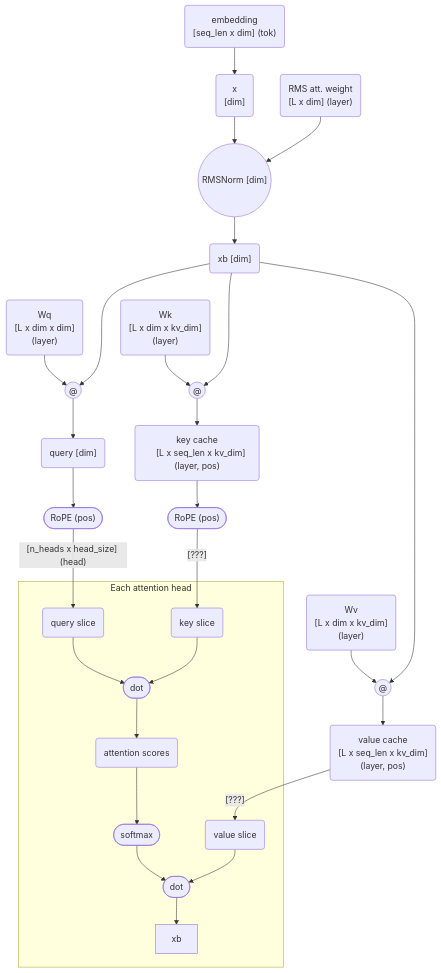
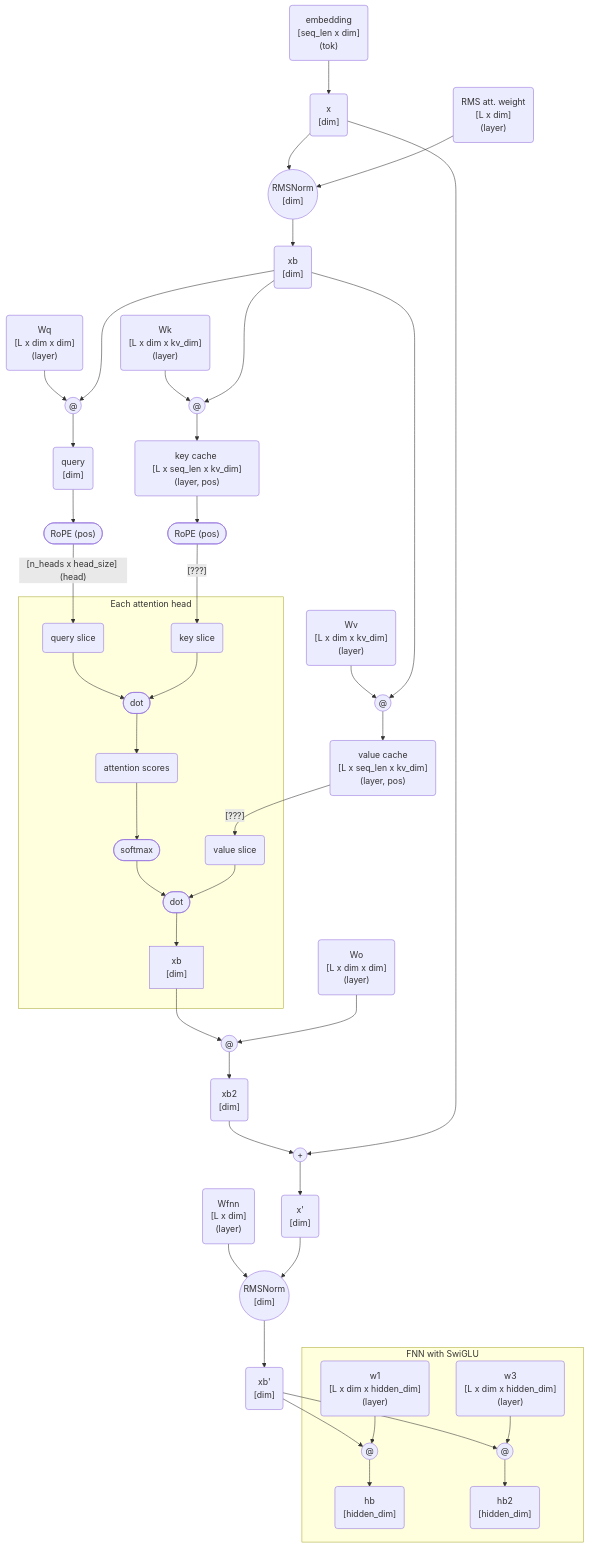
The diagram in diagram.mermaid (jakub-m/llama2-rs), drawn with Mermaid before and after one commit. The commit also changed 1 other file, not shown here.

```diff
--- a/diagram.mermaid
+++ b/diagram.mermaid
@@ -1,74 +1,90 @@
 %% https://mermaid.live/edit#pako:eNqVVF2PmkAU_SuT--QmrFlABXlomnT71m2abZMmXRoyylUJDKPjgFrjf9_5AMR1N6Y-yNw759x7zp2BI8x5ihDBouC7-YoKSX49xiVRP2QzTNOsXA5i6NZ2i5CXLW6SAkuyJ2nG_pKB5Pmd3YyhWewTV1H3NnjRsBhs0AAE25ZcMAVTuOenn99V0ALvzpiESpnsMFuupMURlRgSm2mqf-uEFPSA4krKzGqZdeUbwKVTcn__Scvu9OtEp_I9QYZxjbChLTfTebuzSzZKxe_NpehGuk22-luFmwrFQZHM8416Vc60YFSyqlC1Fe7zeXS6s9rvAWy-jQzX1G315ahbqX8yp_MV9mSejzuvk96gHbLm27fT3iW5tplf2Wy47ztVrL6b_Jab_MKN5Srp51nXWkT9fyJqWlSoeOZ5ewr9Ih-Mou6bqm-Zqi9MWa7R0r-vgq_RnvYz__GVDEzfrqa9KeZeGlw7EBPlH7H0oXecvO0Wl-DAUmQpRFJU6ABDwagO4agxMcgVMowhUssUF7QqpH7JT4q2puUfzlnLFLxariBa0GKromqdUomPGV0KyrqswDJF8YVXpYTIG4WBqQLREfYQuZ4_HPnhw2Q0DsbudOy7Dhwg8t3hWGVH4zD03SAM3JMD_0zfh2HoBd7E84NgNPH9YDp1ANNMcvFkv3nm03d6BU5MgOc
 
 
 flowchart TD
-    embedding("embedding
-      [seq_len x dim] (tok)
-    ")
-    x_1("x
-    [dim]"
-    )
-    rmsnorm_1(("RMSNorm [dim]"))
-    rms_att_weight("RMS att. weight
-    [L x dim] (layer)
-    ")
-    xb_1("xb [dim]")
 
-    %% This is for every layer    
+embedding("embedding <br/> [seq_len x dim] <br/> (tok)")
+x_1("x <br/> [dim]")
+rmsnorm_1(("RMSNorm <br/> [dim]"))
+rms_att_weight("RMS att. weight <br/> [L x dim] <br/> (layer)")
+xb_1("xb <br/> [dim]")
 
-    embedding --> x_1
-    x_1 -->rmsnorm_1
-    rms_att_weight --> rmsnorm_1
-    rmsnorm_1 --> xb_1
+%% This is for every layer    
 
-    w_q("Wq
-    [L x dim x dim]
-    (layer)")
-    query("query [dim]")
-    w_q --> matmul_q(("@"))
-    xb_1 ---> matmul_q
-    matmul_q --> query
+embedding --> x_1
+x_1 -->rmsnorm_1
+rms_att_weight --> rmsnorm_1
+rmsnorm_1 --> xb_1
 
-    key("key cache
-    [L x seq_len x kv_dim] (layer, pos)
-    ")
-    w_k("Wk
-    [L x dim x kv_dim]
-    (layer)")
-    w_k --> matmul_k(("@"))
-    xb_1 ---> matmul_k
-    matmul_k --> key
+w_q("Wq <br/> [L x dim x dim] <br/> (layer)")
+query("query <br/> [dim]")
+w_q --> matmul_q(("@"))
+xb_1 ---> matmul_q
+matmul_q --> query
 
-    w_v("Wv
-    [L x dim x kv_dim]
-    (layer)")
-    value("value cache
-    [L x seq_len x kv_dim]
-    (layer, pos)
-    ")
-    w_v --> matmul_v(("@"))
-    xb_1 ---> matmul_v
-    matmul_v --> value
+key("key cache <br/> [L x seq_len x kv_dim] (layer, pos)")
+w_k("Wk <br/> [L x dim x kv_dim] <br/> (layer)")
+w_k --> matmul_k(("@"))
+xb_1 ---> matmul_k
+matmul_k --> key
+
+w_v("Wv <br/> [L x dim x kv_dim] <br/> (layer)")
+value("value cache <br/> [L x seq_len x kv_dim] <br/> (layer, pos)
+")
+w_v --> matmul_v(("@"))
+xb_1 ---> matmul_v
+matmul_v --> value
+
+rope_q(["RoPE (pos)"])
+query --> rope_q
+
+rope_k(["RoPE (pos)"])
+key --> rope_k
+
+%% This is for every attention head
+rope_q --[n_heads x head_size] (head)--> att_q
+rope_k --[???]--> att_k
+value --[???]--> att_v
+subgraph Each attention head
+    att_q("query slice") --> att_dot_1
+    att_k("key slice") --> att_dot_1
+    att_dot_1(["dot"]) --> att
+    att("attention scores") --> att_softmax
+    att_softmax(["softmax"])
+    att_v("value slice")
+    att_softmax-->att_dot_2
+    att_v-->att_dot_2
+    att_dot_2(["dot"]) --> att_xb
+    att_xb["xb <br/> [dim]"]
+end
+
+att_xb-->matmul_xb2(("@"))
+w_o("Wo </br> [L x dim x dim] </br> (layer)")-->matmul_xb2
+matmul_xb2-->xb2
+xb2("xb2 <br/> [dim]")-->add_x_xb2
+x_1-->add_x_xb2
+x_2("x' <br/> [dim]")
+add_x_xb2(("+"))-->x_2
+
+fnn_rmsnorm(("RMSNorm <br/> [dim]"))
+rms_fnn_w("Wfnn <br/> [L x dim] <br/> (layer)")-->fnn_rmsnorm
+x_2-->fnn_rmsnorm
+xb_2("xb' <br/> [dim]")
+fnn_rmsnorm-->xb_2
+xb_2-->fnn_matmul_hb
+    xb_2-->fnn_matmul_hb2
+subgraph FNN with SwiGLU
+    fnn_matmul_hb(("@"))
+    fnn_hb("hb <br/> [hidden_dim]")
+    w1("w1 <br/> [L x dim x hidden_dim] <br/> (layer)")
     
-    rope_q(["RoPE (pos)"])
-    query --> rope_q
+    w1 --> fnn_matmul_hb
+    fnn_matmul_hb-->fnn_hb
 
-    rope_k(["RoPE (pos)"])
-    key --> rope_k
+    fnn_matmul_hb2(("@"))
+    fnn_hb2("hb2 <br/> [hidden_dim]")
+    w3("w3 <br/> [L x dim x hidden_dim] <br/> (layer)")
     
-    %% This is for every attention head
-    rope_q --[n_heads x head_size] (head)--> att_q
-    rope_k --[???]--> att_k
-    value --[???]--> att_v
-    subgraph Each attention head
-      att_q("query slice") --> att_dot_1
-      att_k("key slice") --> att_dot_1
-      att_dot_1(["dot"]) --> att
-      att("attention scores") --> att_softmax
-      att_softmax(["softmax"])
-      att_v("value slice")
-      att_softmax-->att_dot_2
-      att_v-->att_dot_2
-      att_dot_2(["dot"]) --> att_xb
-      att_xb["xb"]
-    end
+    w3 --> fnn_matmul_hb2
+    fnn_matmul_hb2-->fnn_hb2
+end 
```
